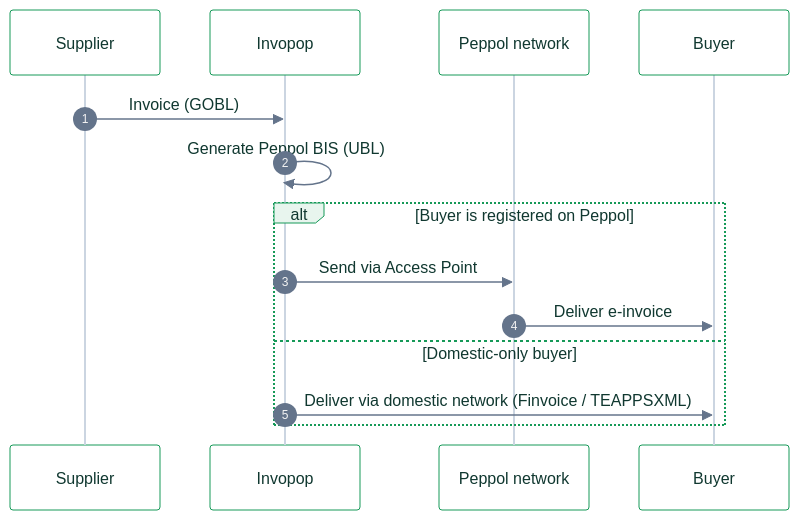
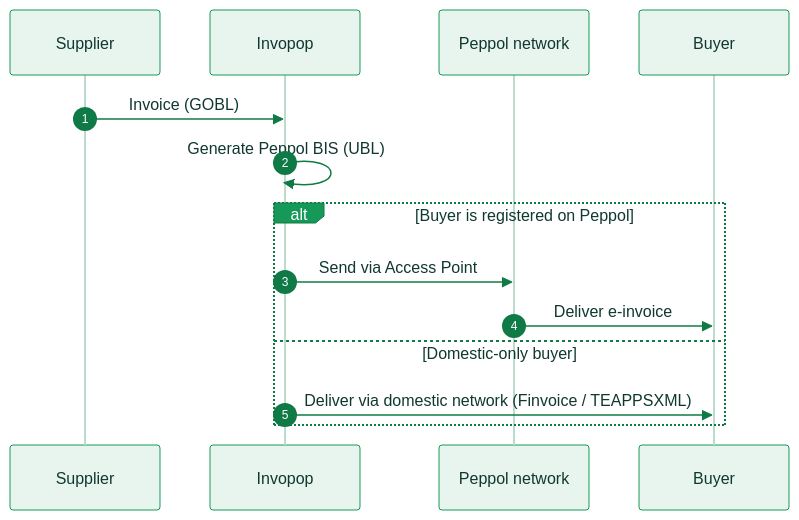
One commit to invopop/docs.invopop.com changed the diagram in compliance/finland.mdx. Above: the diagram before and after it, drawn with Mermaid. The commit also changed 1 other file, not shown here.

Commit message:
Make the Finland diagram colors the canonical sequence palette
Instead of restyling the Finland diagram to match the skill, adopt its
theme values (soft green actor fills, green signal lines, solid green
alt label box) as the standard sequence diagram header in
skills/mermaid-style/SKILL.md.

````diff
--- a/compliance/finland.mdx
+++ b/compliance/finland.mdx
@@ -41,17 +41,17 @@
 ```mermaid
-%%{init: {'theme':'base','themeVariables':{'actorBkg':'#ffffff','actorBorder':'#169958','actorTextColor':'#103830','actorLineColor':'#cbd5e1','signalColor':'#64748b','signalTextColor':'#103830','noteBkgColor':'#f4faf6','noteBorderColor':'#169958','noteTextColor':'#103830','labelBoxBkgColor':'#e8f5ee','labelBoxBorderColor':'#169958','labelTextColor':'#103830'}}}%%
+%%{init: {'theme':'base','themeVariables':{'actorBkg':'#e8f5ee','actorBorder':'#169958','actorTextColor':'#103830','actorLineColor':'#bcdccb','signalColor':'#0f7a45','signalTextColor':'#103830','noteBkgColor':'#ffffff','noteBorderColor':'#169958','noteTextColor':'#103830','labelBoxBkgColor':'#169958','labelBoxBorderColor':'#0f7a45','labelTextColor':'#ffffff','sequenceNumberColor':'#ffffff'}}}%%
 sequenceDiagram
     autonumber
     participant S as Supplier
     participant IV as Invopop
     participant P as Peppol network
     participant B as Buyer
     S->>IV: Invoice (GOBL)
     IV->>IV: Generate Peppol BIS (UBL)
     alt Buyer is registered on Peppol
         IV->>P: Send via Access Point
         P->>B: Deliver e-invoice
     else Domestic-only buyer
         IV->>B: Deliver via domestic network (Finvoice / TEAPPSXML)
     end
 ```
````
